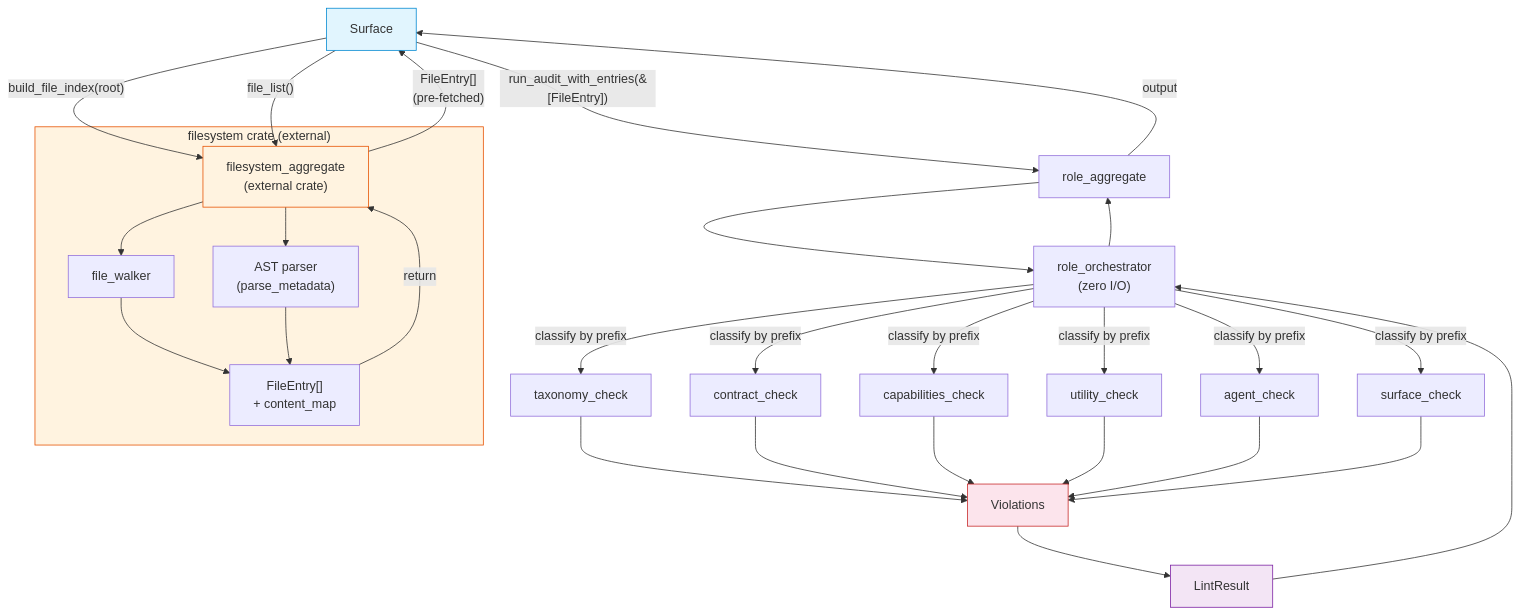
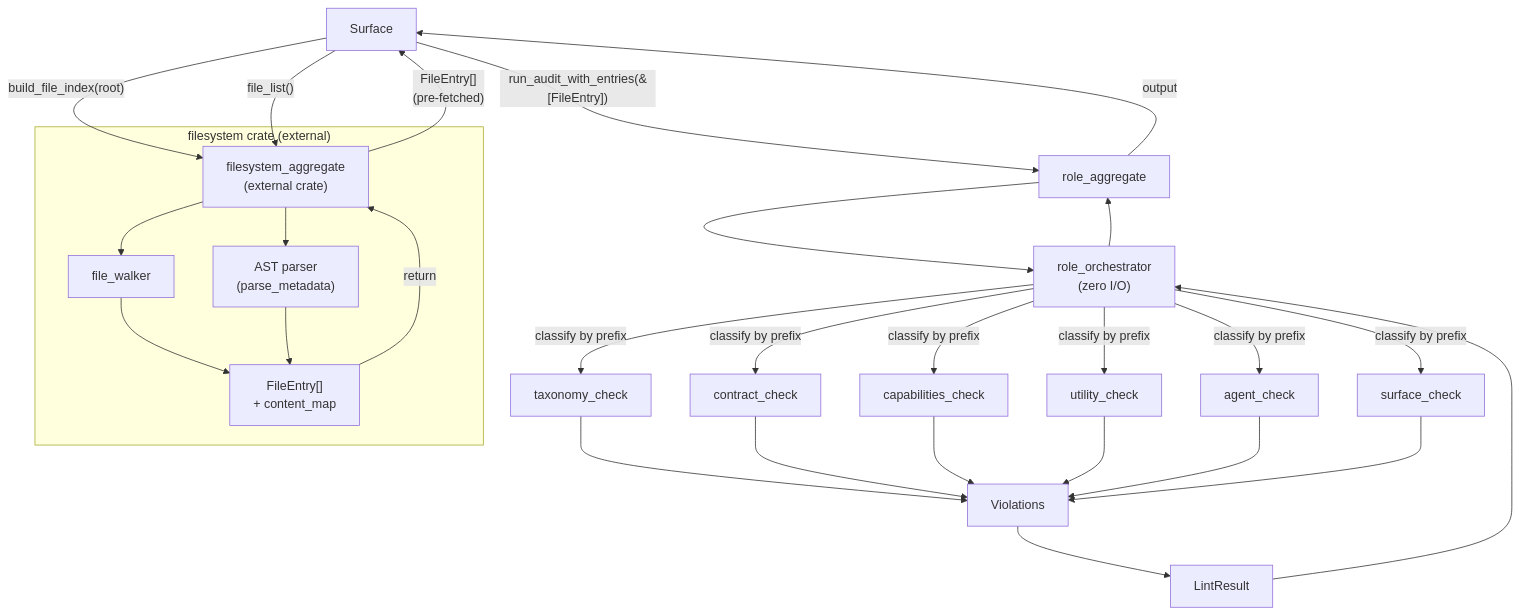
The diagram in crates/role-rules/FRD.md (rakaarwaky/lint-arwaky), drawn with Mermaid before and after one commit. The commit also changed 19 other files, not shown here.

````diff
--- a/crates/role-rules/FRD.md
+++ b/crates/role-rules/FRD.md
@@ -15,42 +15,37 @@
 ```mermaid
 flowchart TD
     A["Surface"] -->|"build_file_index(root)"| D["filesystem_aggregate\n(external crate)"]
     A -->|"file_list()"| D
 
     subgraph FS ["filesystem crate (external)"]
         D --> E1["file_walker"]
         D --> E2["AST parser\n(parse_metadata)"]
         E1 --> G1["FileEntry[]\n+ content_map"]
         E2 --> G1
     end
 
     G1 -->|"return"| D
     D -->|"FileEntry[]\n(pre-fetched)"| A
 
     A -->|"run_audit_with_entries(&[FileEntry])"| B["role_aggregate"]
     B --> C["role_orchestrator\n(zero I/O)"]
 
     C -->|"classify by prefix"| H1["taxonomy_check"]
     C -->|"classify by prefix"| H2["contract_check"]
     C -->|"classify by prefix"| H3["capabilities_check"]
     C -->|"classify by prefix"| H4["utility_check"]
     C -->|"classify by prefix"| H5["agent_check"]
     C -->|"classify by prefix"| H6["surface_check"]
 
     H1 --> I["Violations"]
     H2 --> I
     H3 --> I
     H4 --> I
     H5 --> I
     H6 --> I
     I --> J["LintResult"]
     J --> C
     C --> B
     B -->|output| A
 
-    style A fill:#e1f5fe,stroke:#0288d1
-    style FS fill:#fff3e0,stroke:#e65100
-    style D fill:#fff3e0,stroke:#e65100
-    style I fill:#fce4ec,stroke:#c62828
-    style J fill:#f3e5f5,stroke:#7b1fa2
 ```
````
